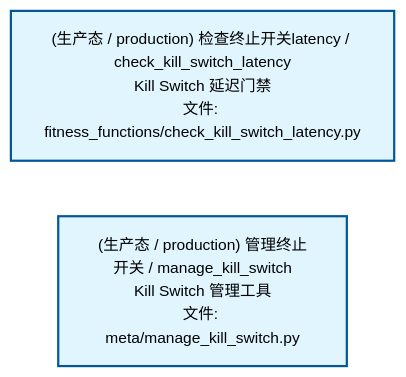
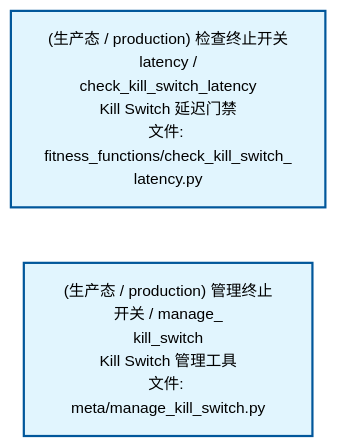
Before and after one commit to xuanFelixVan/ZephyrAlpha: the second of 3 diagrams in docs/02_enterprise_architecture/02_domain_architecture_docs/34_d_autonomy_perm.md, drawn with Mermaid. The commit also changed other lines of this file and 61 other files, not shown here.

````diff
--- a/docs/02_enterprise_architecture/02_domain_architecture_docs/34_d_autonomy_perm.md
+++ b/docs/02_enterprise_architecture/02_domain_architecture_docs/34_d_autonomy_perm.md
@@ -75,12 +75,12 @@
 ```mermaid
 %%{init: {'theme': 'base', 'themeVariables': {'primaryColor': '#eaeaea', 'primaryTextColor': '#333333', 'primaryBorderColor': '#666666', 'lineColor': '#666666', 'secondaryColor': '#eaeaea', 'tertiaryColor': '#eaeaea', 'fontSize': '14px'}}}%%
 flowchart TD
-    scripts_arch_guard_fitness_functions_check_kill_switch_latency_py["(生产态 / production) 检查终止开关latency / check_kill_switch_latency<br/>Kill Switch 延迟门禁<br/>文件: fitness_functions/check_kill_switch_latency.py"]
-    scripts_governance_meta_manage_kill_switch_py["(生产态 / production) 管理终止开关 / manage_kill_switch<br/>Kill Switch 管理工具<br/>文件: meta/manage_kill_switch.py"]
+    scripts_arch_guard_fitness_functions_check_kill_switch_latency_py["(生产态 / production) 检查终止开关latency /<br/>check_kill_switch_latency<br/>Kill Switch 延迟门禁<br/>文件: fitness_functions/check_kill_switch_<br/>latency.py"]
+    scripts_governance_meta_manage_kill_switch_py["(生产态 / production) 管理终止开关 / manage_<br/>kill_switch<br/>Kill Switch 管理工具<br/>文件: meta/manage_kill_switch.py"]
     scripts_arch_guard_fitness_functions_check_kill_switch_latency_py ~~~ scripts_governance_meta_manage_kill_switch_py
     classDef production fill:#e1f5fe,stroke:#01579b,stroke-width:2px,color:#000
     classDef design fill:#fff3e0,stroke:#e65100,stroke-width:2px,color:#000,stroke-dasharray: 5 5
     classDef external_prod fill:#e8f4fd,stroke:#0277bd,stroke-width:1px,color:#000
     classDef external_design fill:#fff8e7,stroke:#ef6c00,stroke-width:1px,color:#000,stroke-dasharray: 5 5
     class scripts_arch_guard_fitness_functions_check_kill_switch_latency_py,scripts_governance_meta_manage_kill_switch_py production
 ```
````
